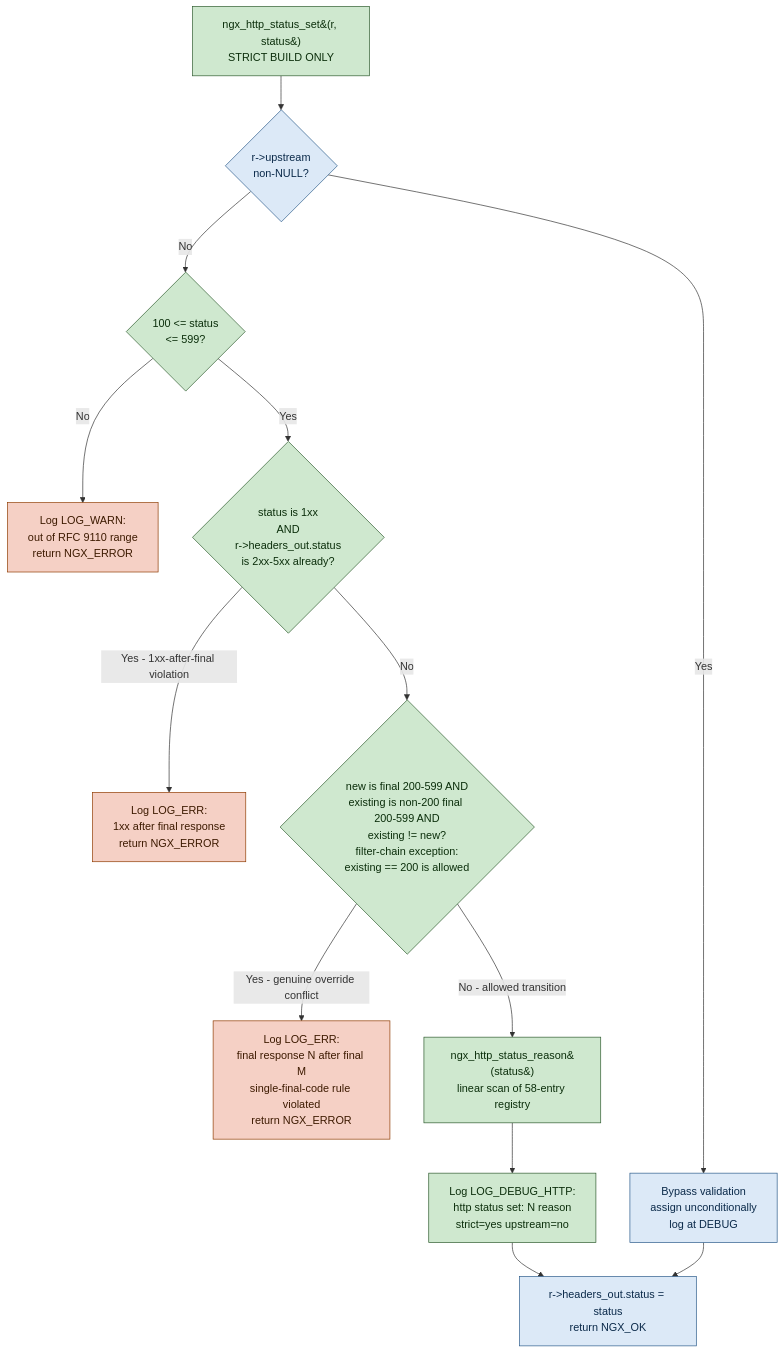
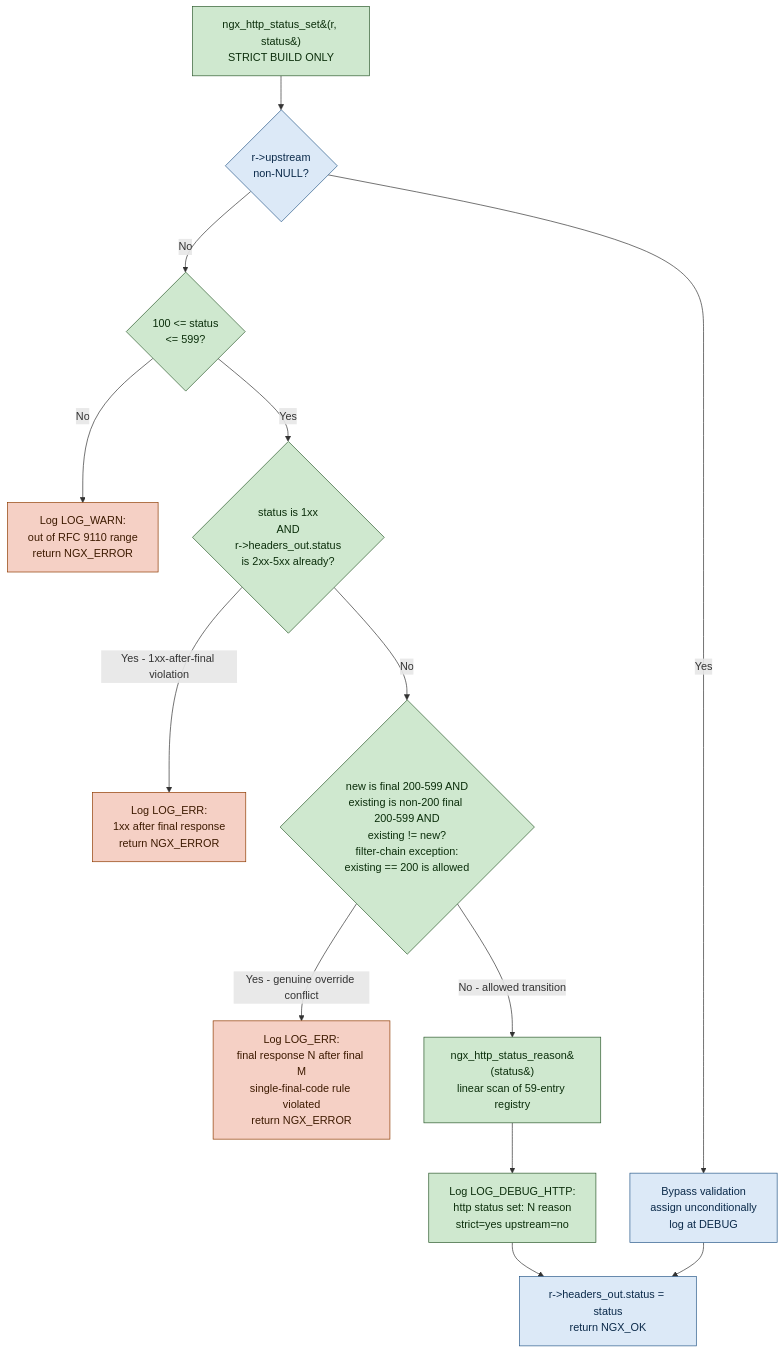
Before and after one commit to Blitzy-Sandbox/blitzy-nginx: the fourth of 5 diagrams in docs/architecture/status_code_refactor.md, drawn with Mermaid. The commit also changed other lines of this file and 6 other files, not shown here.

````diff
--- a/docs/architecture/status_code_refactor.md
+++ b/docs/architecture/status_code_refactor.md
@@ -197,22 +197,22 @@
 ```mermaid
 flowchart TD
     Entry["ngx_http_status_set&#40;r, status&#41;<br/>STRICT BUILD ONLY"] --> Upstream{"r->upstream<br/>non-NULL?"}
     Upstream -->|Yes| Bypass["Bypass validation<br/>assign unconditionally<br/>log at DEBUG"]
     Upstream -->|No| RangeCheck{"100 &lt;= status<br/>&lt;= 599?"}
     RangeCheck -->|No| RangeFail["Log LOG_WARN:<br/>out of RFC 9110 range<br/>return NGX_ERROR"]
     RangeCheck -->|Yes| InformCheck{"status is 1xx<br/>AND<br/>r->headers_out.status<br/>is 2xx-5xx already?"}
     InformCheck -->|Yes - 1xx-after-final violation| InformFail["Log LOG_ERR:<br/>1xx after final response<br/>return NGX_ERROR"]
     InformCheck -->|No| FinalCheck{"new is final 200-599 AND<br/>existing is non-200 final 200-599 AND<br/>existing != new?<br/>filter-chain exception:<br/>existing == 200 is allowed"}
     FinalCheck -->|Yes - genuine override conflict| FinalFail["Log LOG_ERR:<br/>final response N after final M<br/>single-final-code rule violated<br/>return NGX_ERROR"]
-    FinalCheck -->|No - allowed transition| LookupReason["ngx_http_status_reason&#40;status&#41;<br/>linear scan of 58-entry registry"]
+    FinalCheck -->|No - allowed transition| LookupReason["ngx_http_status_reason&#40;status&#41;<br/>linear scan of 59-entry registry"]
     LookupReason --> LogDbg["Log LOG_DEBUG_HTTP:<br/>http status set: N reason<br/>strict=yes upstream=no"]
     LogDbg --> Assign["r->headers_out.status = status<br/>return NGX_OK"]
     Bypass --> Assign
 
     classDef strictBox fill:#cfe8cf,stroke:#2d5a2d,color:#0b2e0b
     classDef failBox fill:#f5d0c5,stroke:#8f3b00,color:#3d1a00
     classDef okBox fill:#dce9f7,stroke:#2a5a8a,color:#0b2a4a
     class Entry,RangeCheck,InformCheck,FinalCheck,LookupReason,LogDbg strictBox
     class RangeFail,InformFail,FinalFail failBox
     class Upstream,Bypass,Assign okBox
 ```
````
